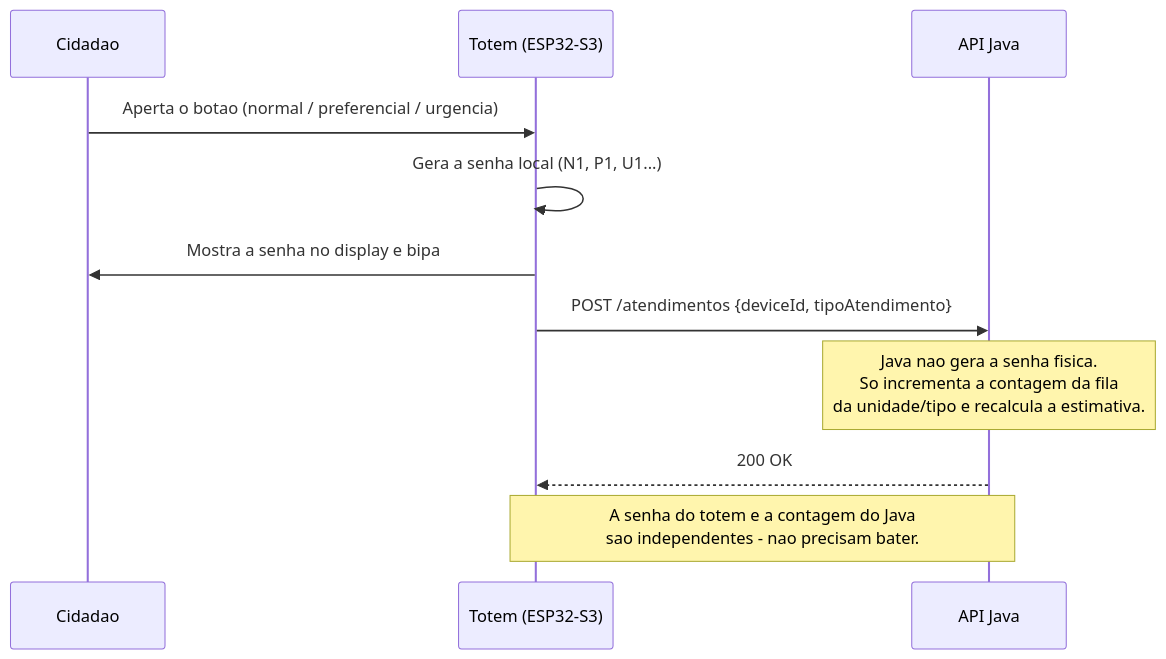
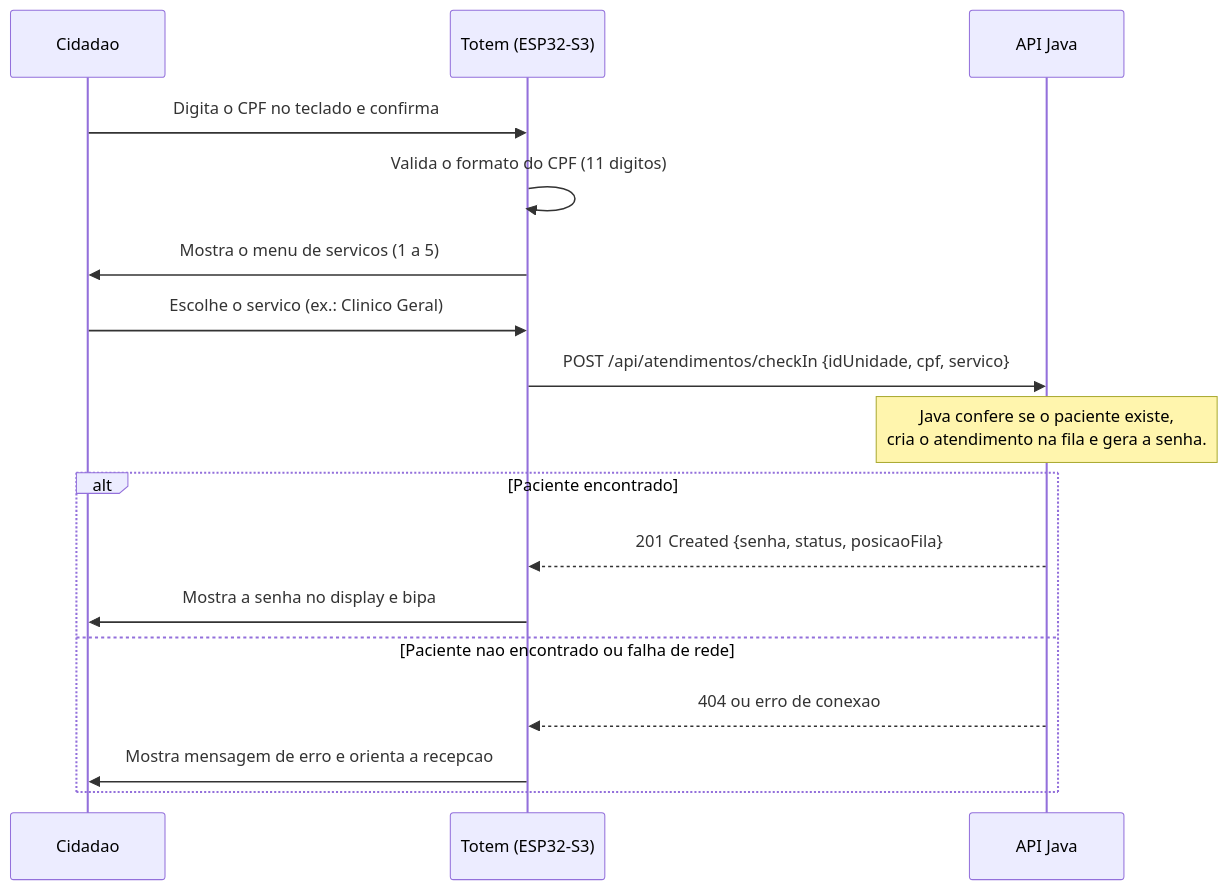
The diagram in diagramas/fluxo-comunicacao-totem.mmd (NexaGS/disruptive-architectures), drawn with Mermaid before and after one commit. The commit also changed 25 other files, not shown here.

```diff
--- a/diagramas/fluxo-comunicacao-totem.mmd
+++ b/diagramas/fluxo-comunicacao-totem.mmd
@@ -1,12 +1,18 @@
 sequenceDiagram
     participant Cidadao as Cidadao
     participant Totem as Totem (ESP32-S3)
     participant Java as API Java
 
-    Cidadao->>Totem: Aperta o botao (normal / preferencial / urgencia)
-    Totem->>Totem: Gera a senha local (N1, P1, U1...)
-    Totem->>Cidadao: Mostra a senha no display e bipa
-    Totem->>Java: POST /atendimentos {deviceId, tipoAtendimento}
-    Note over Java: Java nao gera a senha fisica.<br/>So incrementa a contagem da fila<br/>da unidade/tipo e recalcula a estimativa.
-    Java-->>Totem: 200 OK
-    Note over Totem,Java: A senha do totem e a contagem do Java<br/>sao independentes - nao precisam bater.
+    Cidadao->>Totem: Digita o CPF no teclado e confirma
+    Totem->>Totem: Valida o formato do CPF (11 digitos)
+    Totem->>Cidadao: Mostra o menu de servicos (1 a 5)
+    Cidadao->>Totem: Escolhe o servico (ex.: Clinico Geral)
+    Totem->>Java: POST /api/atendimentos/checkIn {idUnidade, cpf, servico}
+    Note over Java: Java confere se o paciente existe,<br/>cria o atendimento na fila e gera a senha.
+    alt Paciente encontrado
+        Java-->>Totem: 201 Created {senha, status, posicaoFila}
+        Totem->>Cidadao: Mostra a senha no display e bipa
+    else Paciente nao encontrado ou falha de rede
+        Java-->>Totem: 404 ou erro de conexao
+        Totem->>Cidadao: Mostra mensagem de erro e orienta a recepcao
+    end
```
